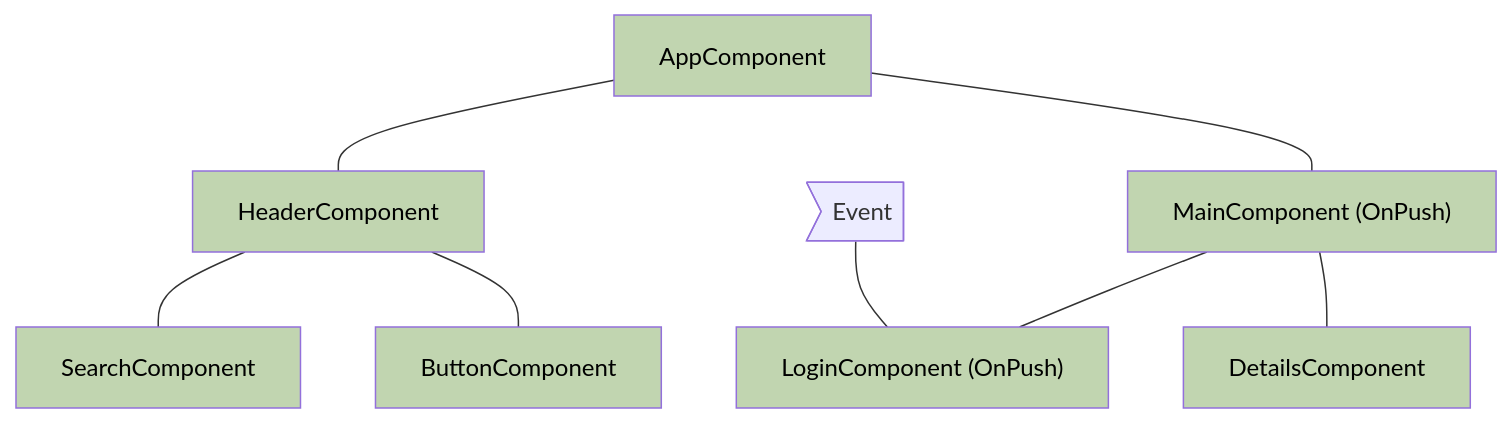
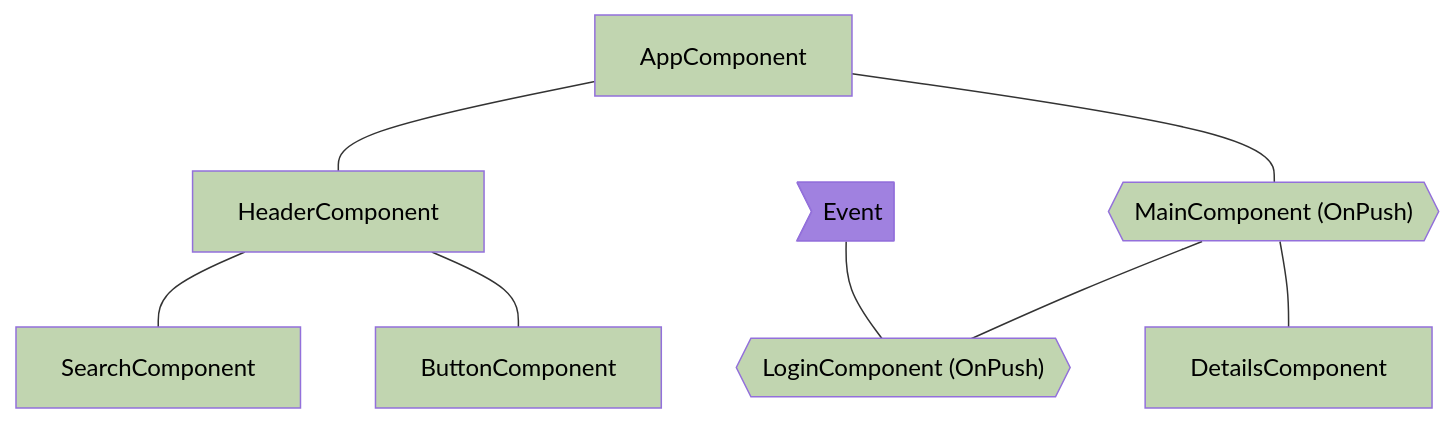
Before and after one commit to angular/angular: the third of 4 diagrams in adev/src/content/best-practices/runtime-performance/skipping-subtrees.md, drawn with Mermaid. The commit also changed other lines of this file, not shown here.

First line of the commit message:
docs(docs-infra): change format diagrams&colors

````diff
--- a/adev/src/content/best-practices/runtime-performance/skipping-subtrees.md
+++ b/adev/src/content/best-practices/runtime-performance/skipping-subtrees.md
@@ -88,18 +89,19 @@
 ```mermaid
 graph TD;
     app[AppComponent] --- header[HeaderComponent];
-    app --- main["MainComponent (OnPush)"];
+    app --- main{{"MainComponent (OnPush)"}};
     header --- search[SearchComponent];
     header --- button[ButtonComponent];
-    main --- login["LoginComponent (OnPush)"];
+    main --- login{{"LoginComponent (OnPush)"}};
     main --- details[DetailsComponent];
     event>Event] --- login
 
 style app fill:#C1D5B0,color:#000
 style header fill:#C1D5B0,color:#000
 style button fill:#C1D5B0,color:#000
 style search fill:#C1D5B0,color:#000
 style login fill:#C1D5B0,color:#000
+style event fill:#A081E0, color:#000
 style main fill:#C1D5B0,color:#000
 style details fill:#C1D5B0,color:#000
 ```
````
